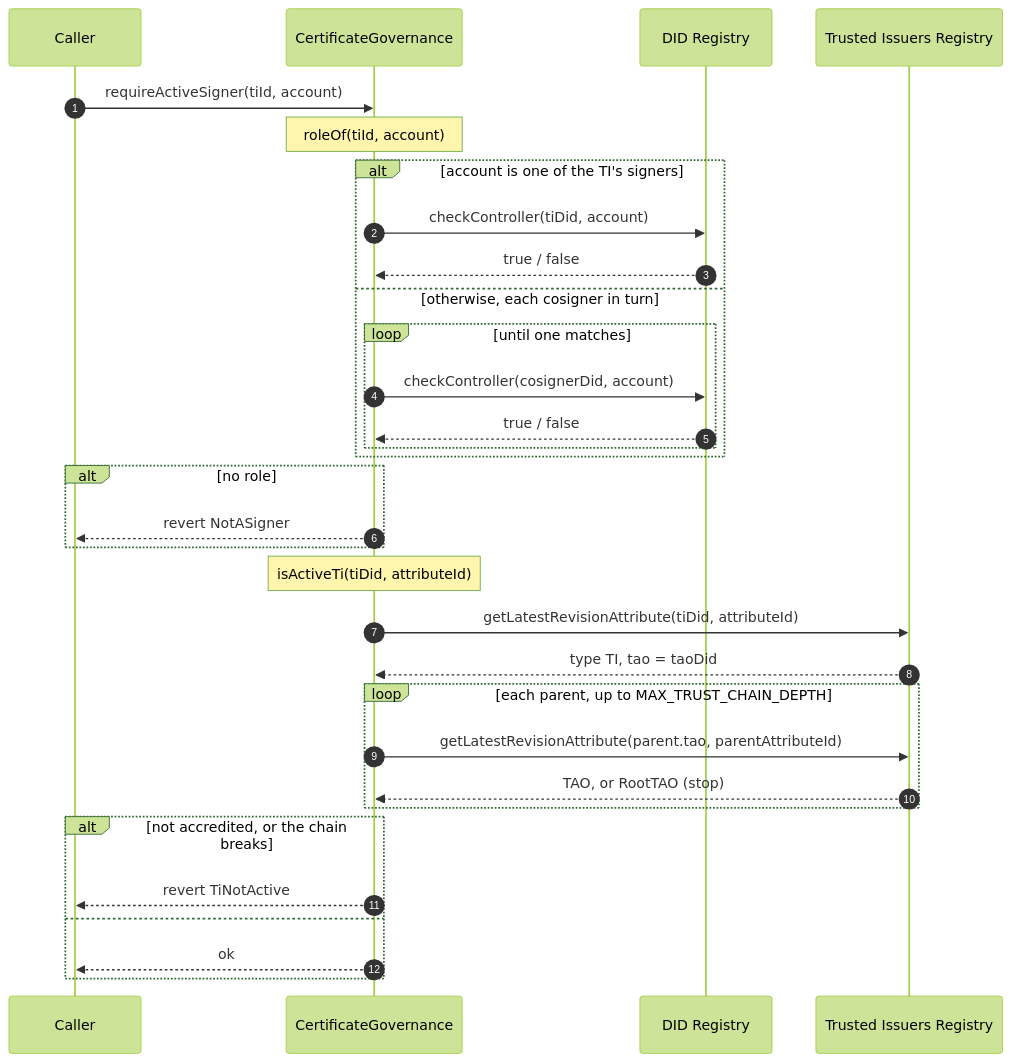
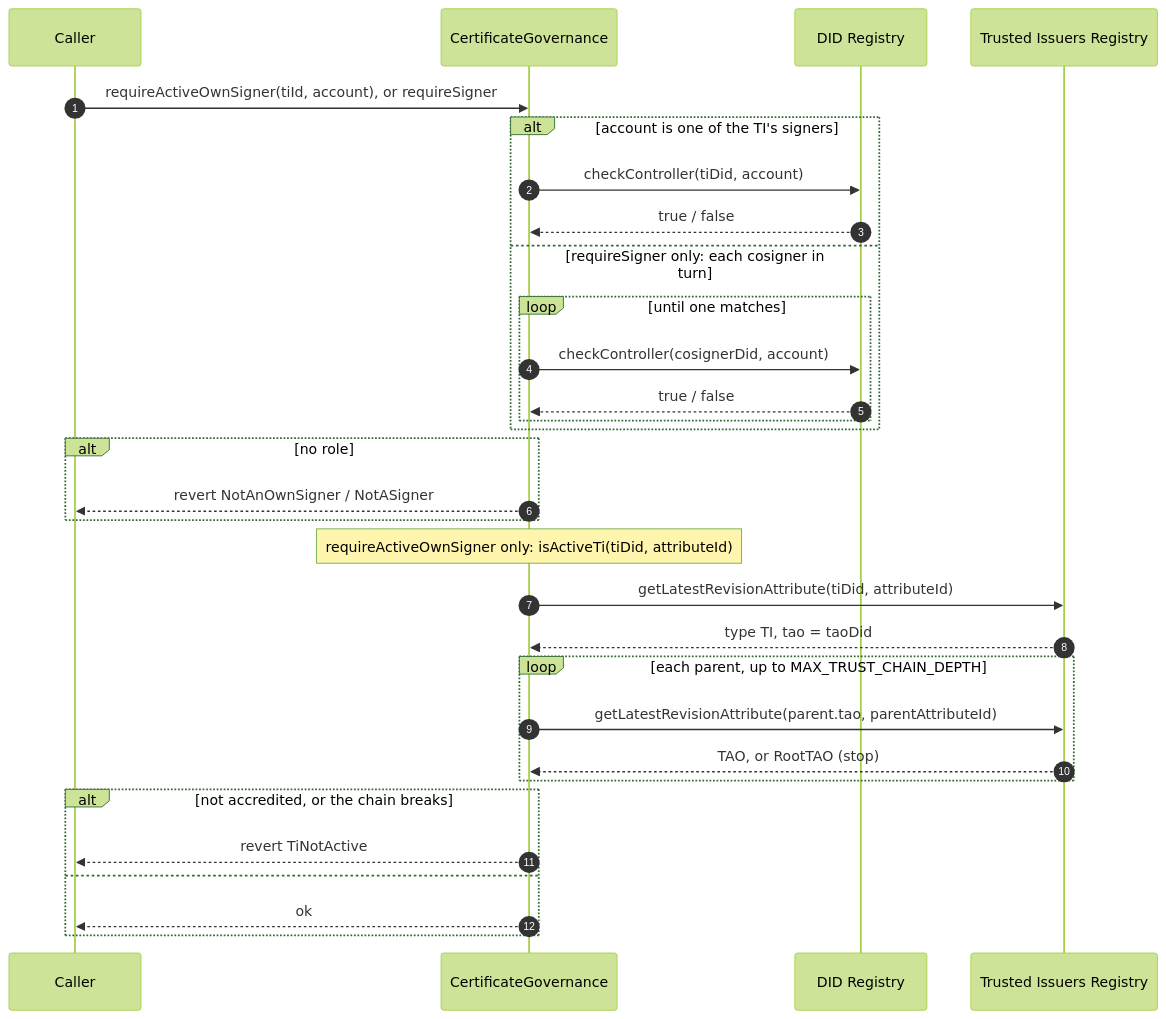
The first of 9 diagrams in contracts/docs/sequence-diagrams.md (fiit-ba/ebsi-licences-for-cybersecurity-managers), drawn with Mermaid (forest theme) before and after one commit. The commit also changed other lines of this file and 15 other files, not shown here.

Commit message:
fix: Require every policy to need at least two roles, and drop the unused requireActiveSigner

````diff
--- a/contracts/docs/sequence-diagrams.md
+++ b/contracts/docs/sequence-diagrams.md
@@ -42,35 +40,34 @@
 ```mermaid
 sequenceDiagram
     autonumber
     participant C as Caller
     participant G as CertificateGovernance
     participant D as DID Registry
     participant T as Trusted Issuers Registry
 
-    C->>G: requireActiveSigner(tiId, account)
-    Note over G: roleOf(tiId, account)
+    C->>G: requireActiveOwnSigner(tiId, account), or requireSigner
     alt account is one of the TI's signers
         G->>D: checkController(tiDid, account)
         D-->>G: true / false
-    else otherwise, each cosigner in turn
+    else requireSigner only: each cosigner in turn
         loop until one matches
             G->>D: checkController(cosignerDid, account)
             D-->>G: true / false
         end
     end
     alt no role
-        G-->>C: revert NotASigner
+        G-->>C: revert NotAnOwnSigner / NotASigner
     end
-    Note over G: isActiveTi(tiDid, attributeId)
+    Note over G: requireActiveOwnSigner only: isActiveTi(tiDid, attributeId)
     G->>T: getLatestRevisionAttribute(tiDid, attributeId)
     T-->>G: type TI, tao = taoDid
     loop each parent, up to MAX_TRUST_CHAIN_DEPTH
         G->>T: getLatestRevisionAttribute(parent.tao, parentAttributeId)
         T-->>G: TAO, or RootTAO (stop)
     end
     alt not accredited, or the chain breaks
         G-->>C: revert TiNotActive
     else
         G-->>C: ok
     end
 ```
````
